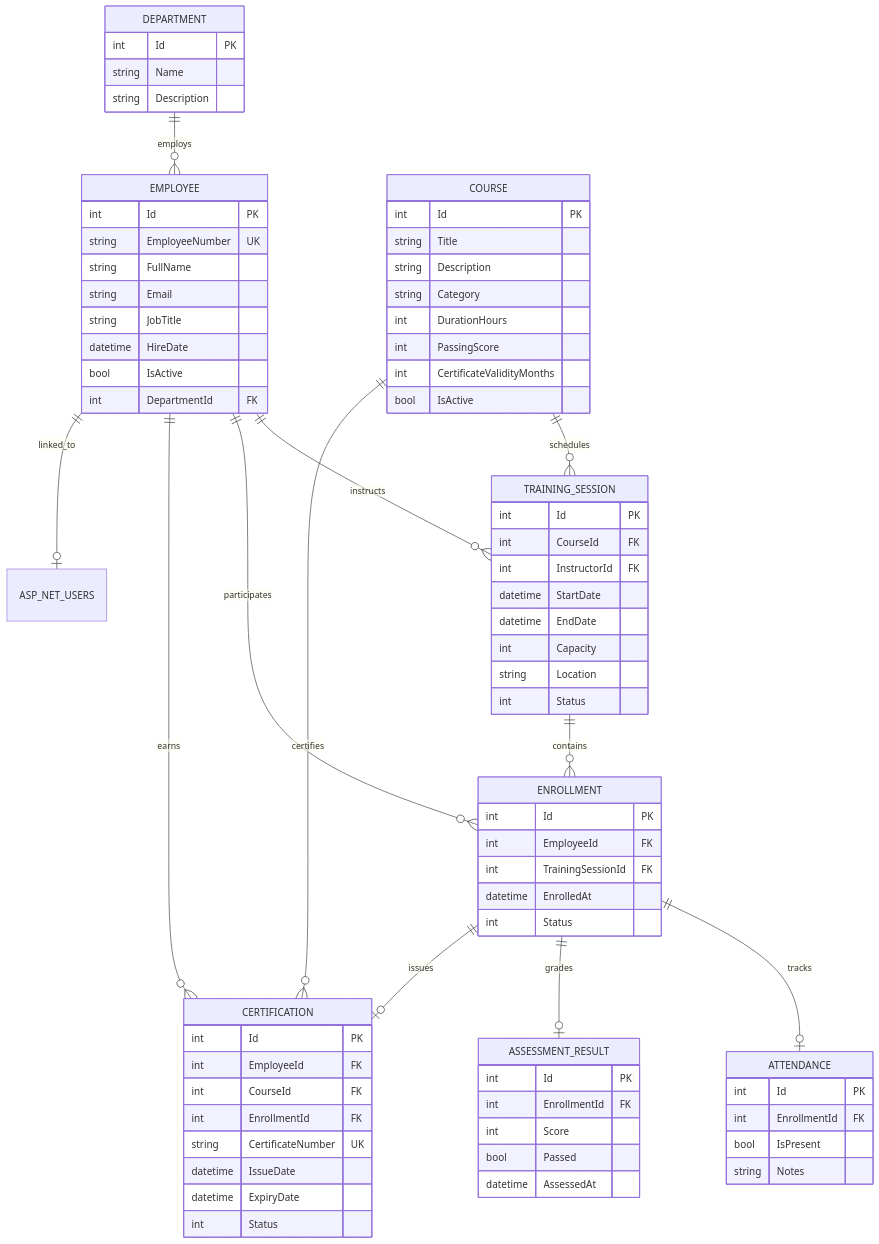
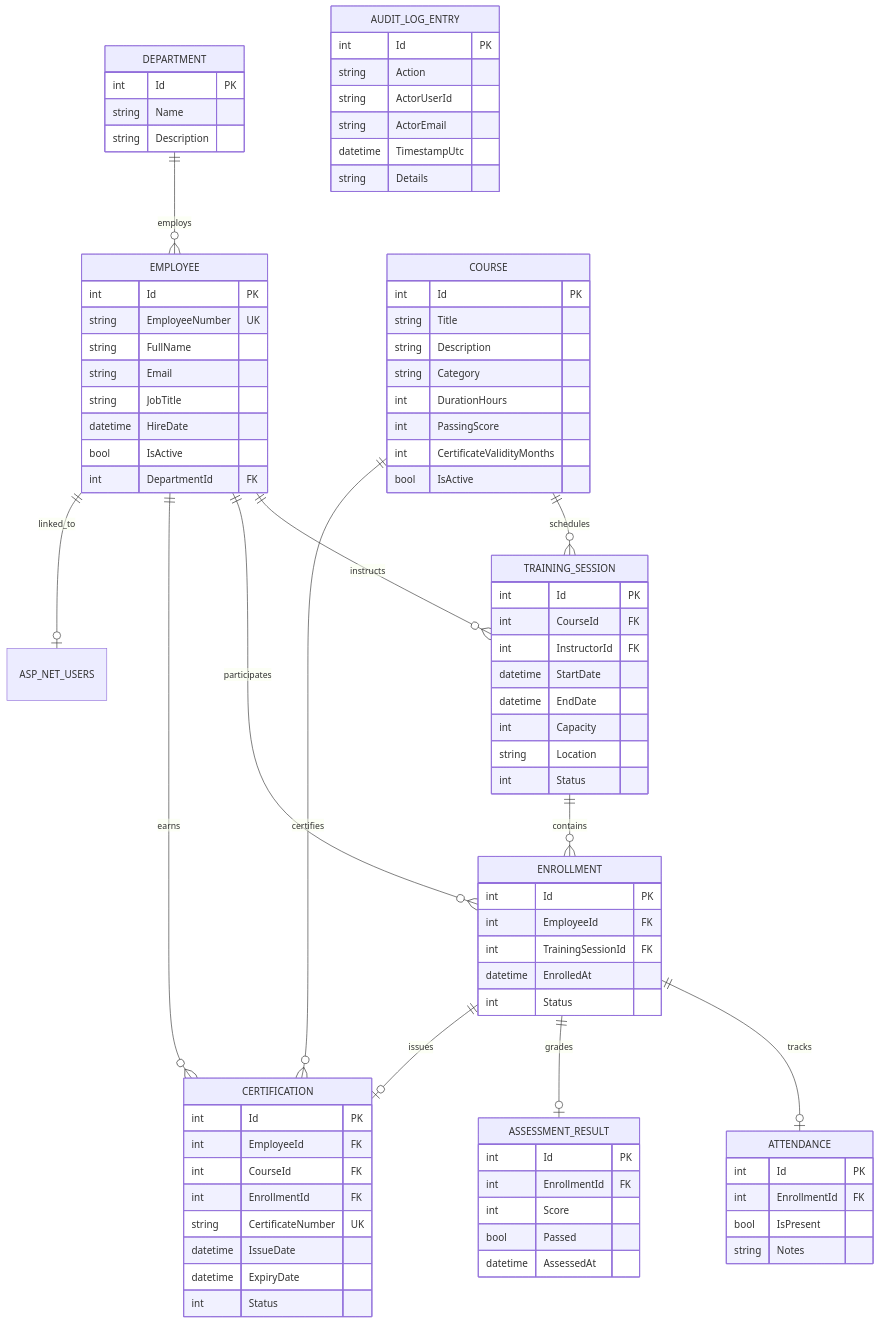
Before and after one commit to hazem327/CorporateTrainingSystem: the diagram in README.md, drawn with Mermaid. The commit also changed other lines of this file and 11 other files, not shown here.

````diff
--- a/README.md
+++ b/README.md
@@ -246,4 +272,13 @@
         datetime ExpiryDate
         int Status
     }
+
+    AUDIT_LOG_ENTRY {
+        int Id PK
+        string Action
+        string ActorUserId
+        string ActorEmail
+        datetime TimestampUtc
+        string Details
+    }
 ```
````
